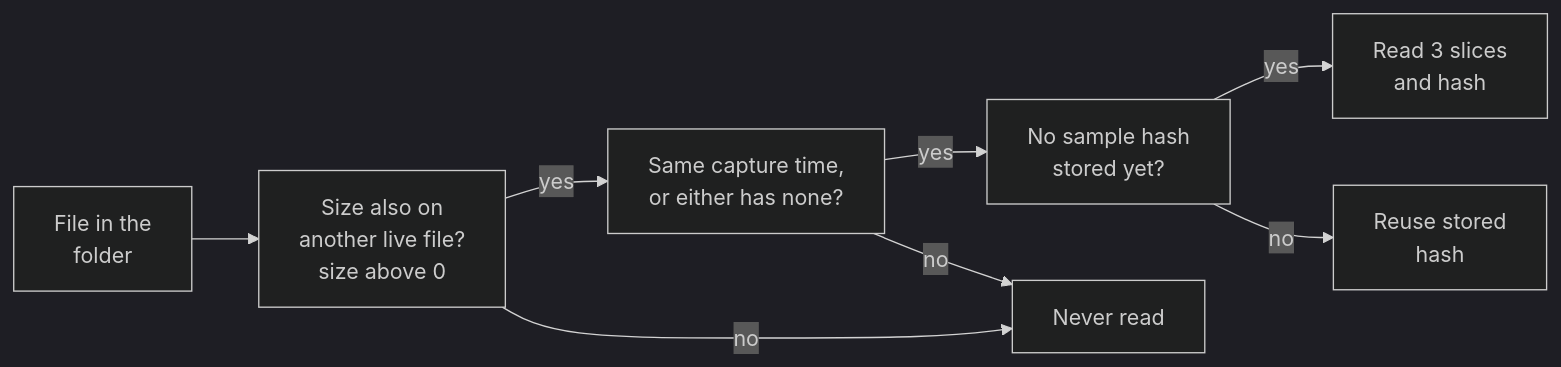
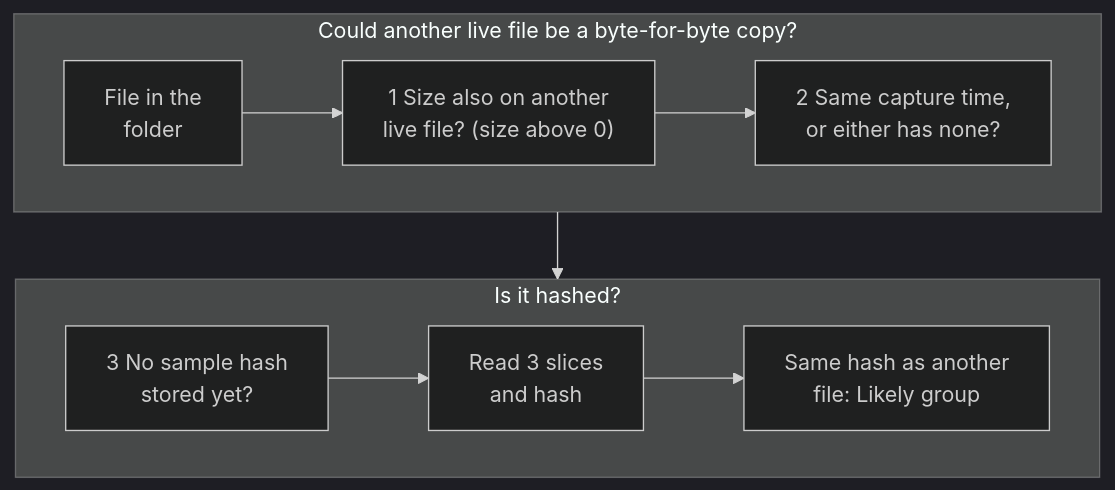
The second of 6 diagrams in docs/src/engine-duplicates.md (AxialForge/Lunelis), drawn with Mermaid (dark theme) before and after one commit. The commit also changed other lines of this file and 3 other files, not shown here.

Commit message:
Kit: keep table header and last rows with their neighbours, taller figures, diagram and table guidance in the style guide

````diff
--- a/docs/src/engine-duplicates.md
+++ b/docs/src/engine-duplicates.md
@@ -97,10 +87,12 @@
-```mermaid Candidate selection: a file is read only if another live file could be a byte-for-byte copy of it.
-flowchart LR
-  A["File in the<br>folder"] --> B["Size also on<br>another live file?<br>size above 0"]
-  B -->|yes| C["Same capture time,<br>or either has none?"]
-  C -->|yes| D["No sample hash<br>stored yet?"]
-  D -->|yes| E["Read 3 slices<br>and hash"]
-  B -->|no| X["Never read"]
-  C -->|no| X
-  D -->|no| R["Reuse stored<br>hash"]
+```mermaid Candidate selection: a "no" at test 1 or 2 means the file is never read; a stored sample hash is reused, not recomputed.
+flowchart TB
+  subgraph R1["Could another live file be a byte-for-byte copy?"]
+    direction LR
+    A["File in the<br>folder"] --> B["1 Size also on another<br>live file? (size above 0)"] --> C["2 Same capture time,<br>or either has none?"]
+  end
+  subgraph R2["Is it hashed?"]
+    direction LR
+    D["3 No sample hash<br>stored yet?"] --> E["Read 3 slices<br>and hash"] --> F["Same hash as another<br>file: Likely group"]
+  end
+  R1 --> R2
 ```
````
